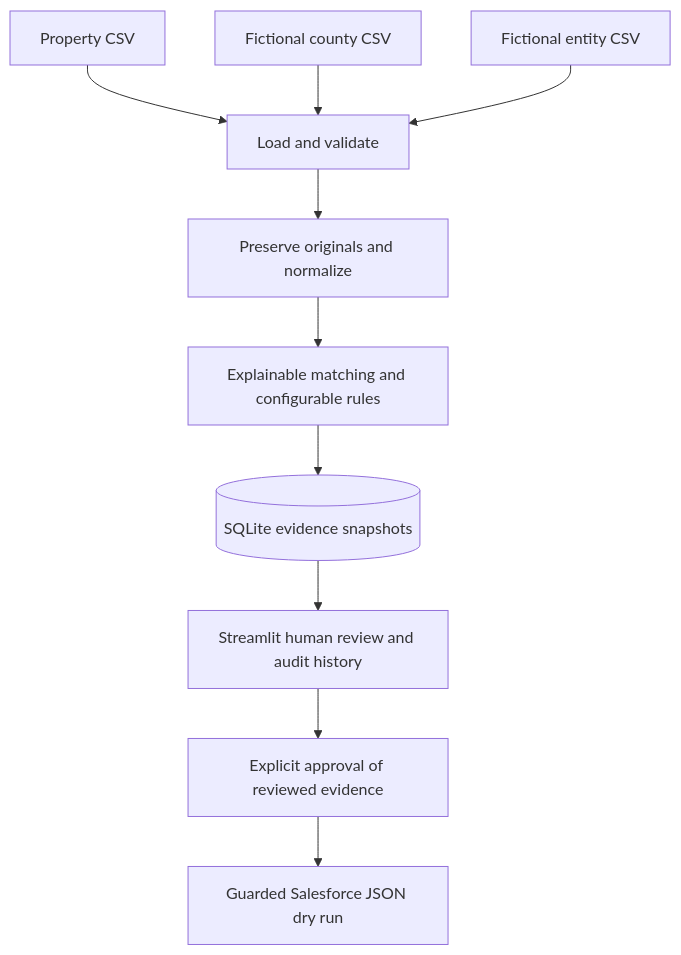
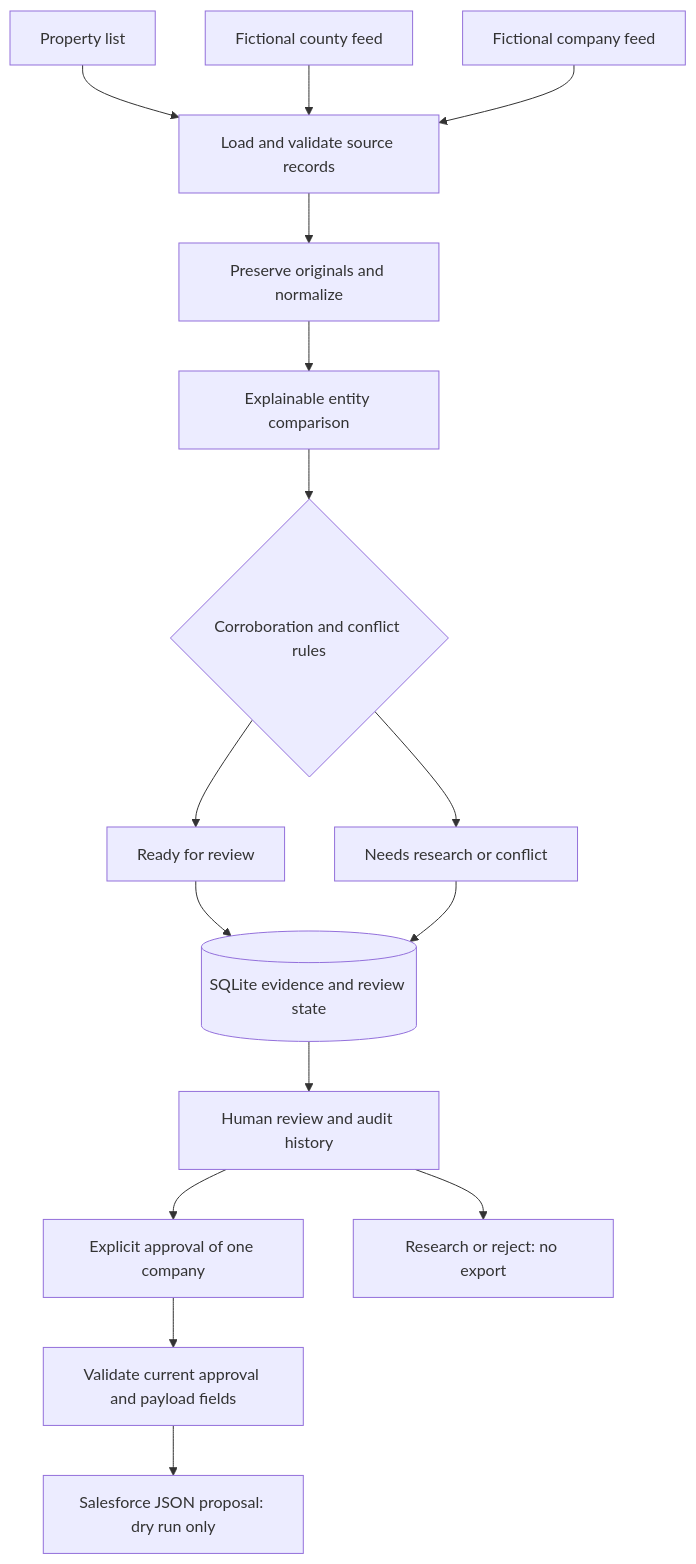
One commit to templeanderson/ownership-intelligence changed the diagram in README.md. Above: the diagram before and after it, drawn with Mermaid. The commit also changed other lines of this file and 10 other files, not shown here.

````diff
--- a/README.md
+++ b/README.md
@@ -179,12 +49,18 @@
 ```mermaid
 flowchart TD
-    P[Property CSV] --> I[Load and validate]
-    C[Fictional county CSV] --> I
-    E[Fictional entity CSV] --> I
+    P[Property list] --> I[Load and validate source records]
+    C[Fictional county feed] --> I
+    E[Fictional company feed] --> I
     I --> N[Preserve originals and normalize]
-    N --> M[Explainable matching and configurable rules]
-    M --> DB[(SQLite evidence snapshots)]
-    DB --> R[Streamlit human review and audit history]
-    R --> A[Explicit approval of reviewed evidence]
-    A --> X[Guarded Salesforce JSON dry run]
+    N --> M[Explainable entity comparison]
+    M --> Q{Corroboration and conflict rules}
+    Q --> R[Ready for review]
+    Q --> U[Needs research or conflict]
+    R --> DB[(SQLite evidence and review state)]
+    U --> DB
+    DB --> H[Human review and audit history]
+    H --> A[Explicit approval of one company]
+    H --> B[Research or reject: no export]
+    A --> V[Validate current approval and payload fields]
+    V --> X[Salesforce JSON proposal: dry run only]
 ```
````
